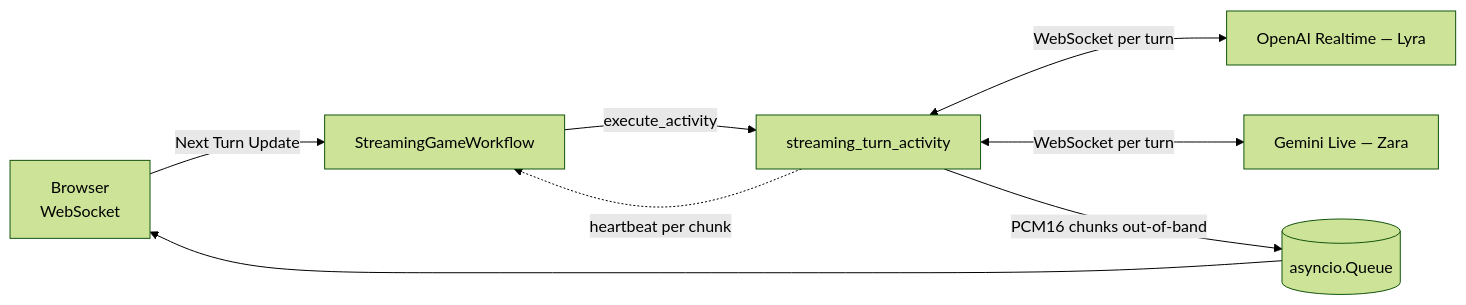
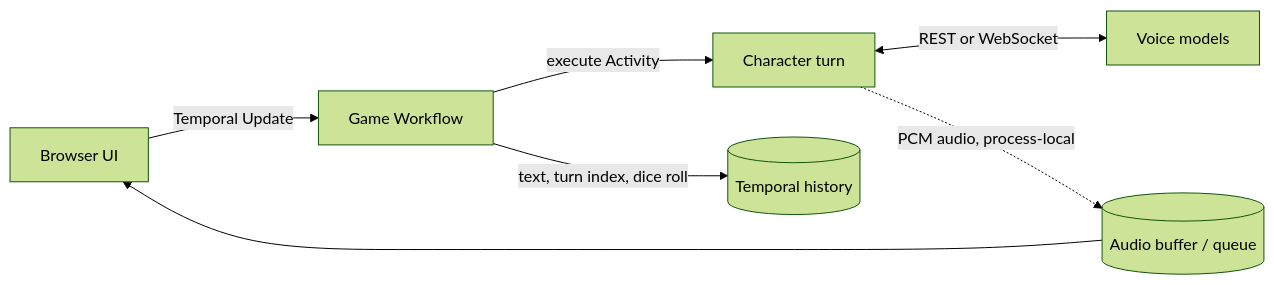
One commit to nyghtowl/sheep-audio-dreams changed the diagram in README.md. Above: the diagram before and after it, drawn with Mermaid (forest theme). The commit also changed other lines of this file and 19 other files, not shown here.

````diff
--- a/README.md
+++ b/README.md
@@ -122,10 +113,9 @@
 ```mermaid
 flowchart LR
-    UI[Browser<br/>WebSocket] -->|Next Turn Update| WF[StreamingGameWorkflow]
-    WF -->|execute_activity| Act[streaming_turn_activity]
-    Act -.->|heartbeat per chunk| WF
-    Act <-->|WebSocket per turn| Lyra[OpenAI Realtime — Lyra]
-    Act <-->|WebSocket per turn| Zara[Gemini Live — Zara]
-    Act -->|PCM16 chunks out-of-band| Q[(asyncio.Queue)]
-    Q --> UI
+    UI[Browser UI] -->|Temporal Update| WF[Game Workflow]
+    WF -->|execute Activity| ACT[Character turn]
+    ACT <-->|REST or WebSocket| MODELS[Voice models]
+    ACT -.->|PCM audio, process-local| AUDIO[(Audio buffer / queue)]
+    AUDIO --> UI
+    WF -->|text, turn index, dice roll| HIST[(Temporal history)]
 ```
````
